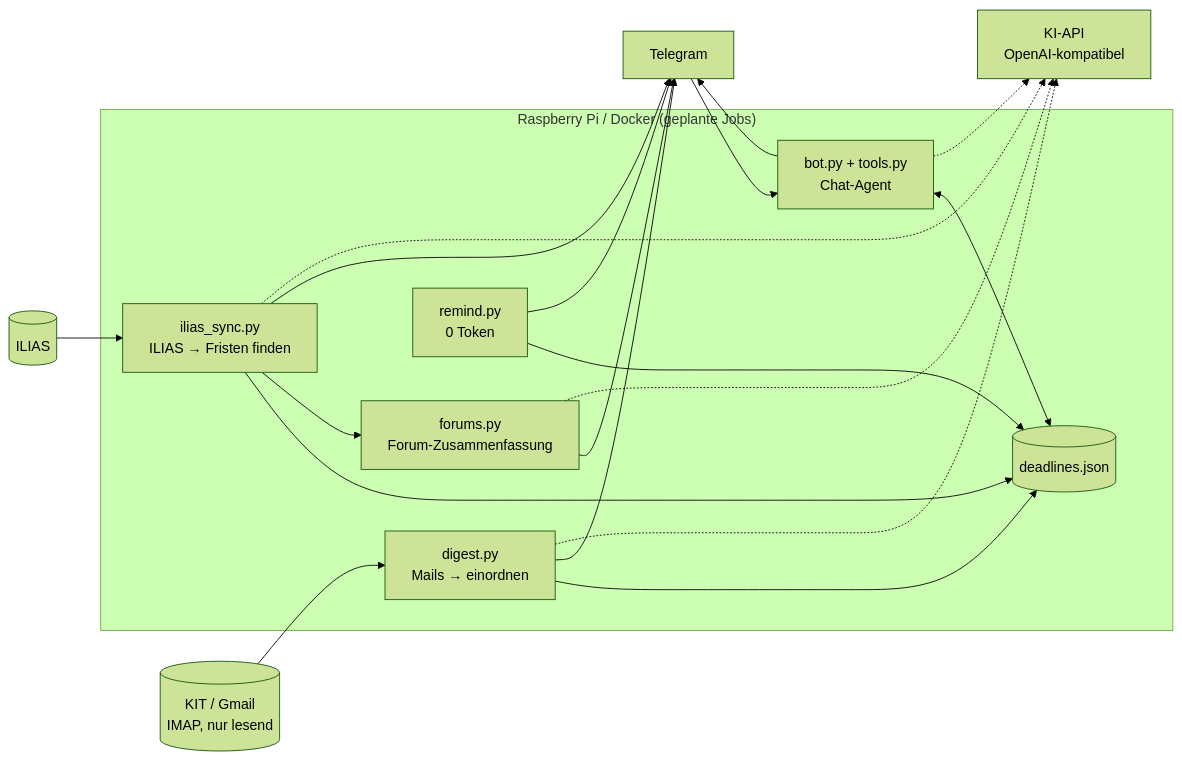
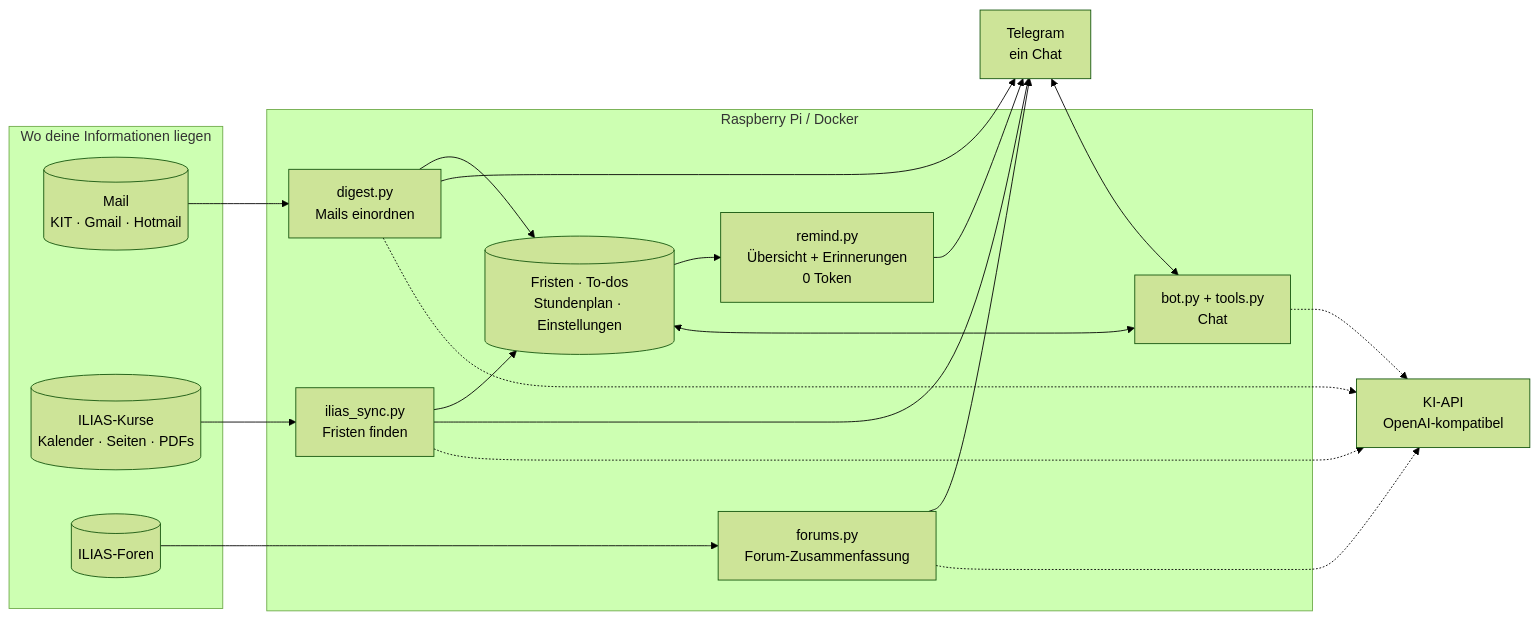
The diagram in README.de.md (lattiezhao-a11y/kit-study-assistant), drawn with Mermaid (forest theme) before and after one commit. The commit also changed other lines of this file and 2 other files, not shown here.

First line of the commit message:
README: lead with why, cover all sources, architecture in every language

````diff
--- a/README.de.md
+++ b/README.de.md
@@ -57,15 +82,26 @@
 ```mermaid
 flowchart LR
-    subgraph Pi["Raspberry Pi / Docker (geplante Jobs)"]
-        D[digest.py<br/>Mails → einordnen] --> S[(deadlines.json)]
-        I[ilias_sync.py<br/>ILIAS → Fristen finden] --> S
-        I --> F[forums.py<br/>Forum-Zusammenfassung]
-        R[remind.py<br/>0 Token] --> S
-        B[bot.py + tools.py<br/>Chat-Agent] <--> S
+    subgraph SRC["Wo deine Informationen liegen"]
+        MAIL[("Mail<br/>KIT · Gmail · Hotmail")]
+        ILIAS[("ILIAS-Kurse<br/>Kalender · Seiten · PDFs")]
+        FORUM[("ILIAS-Foren")]
     end
-    IMAP[(KIT / Gmail<br/>IMAP, nur lesend)] --> D
-    ILIAS[(ILIAS)] --> I
-    D & I & F & R & B --> TG[Telegram]
-    TG --> B
-    D & I & F & B -.-> LLM[KI-API<br/>OpenAI-kompatibel]
+    subgraph BOX["Raspberry Pi / Docker"]
+        D["digest.py<br/>Mails einordnen"]
+        I["ilias_sync.py<br/>Fristen finden"]
+        F["forums.py<br/>Forum-Zusammenfassung"]
+        DATA[("Fristen · To-dos<br/>Stundenplan · Einstellungen")]
+        R["remind.py<br/>Übersicht + Erinnerungen<br/>0 Token"]
+        B["bot.py + tools.py<br/>Chat"]
+    end
+    MAIL --> D
+    ILIAS --> I
+    FORUM --> F
+    D --> DATA
+    I --> DATA
+    DATA --> R
+    B <--> DATA
+    D & I & F & R --> TG["Telegram<br/>ein Chat"]
+    TG <--> B
+    D & I & F & B -.-> LLM["KI-API<br/>OpenAI-kompatibel"]
 ```
````
